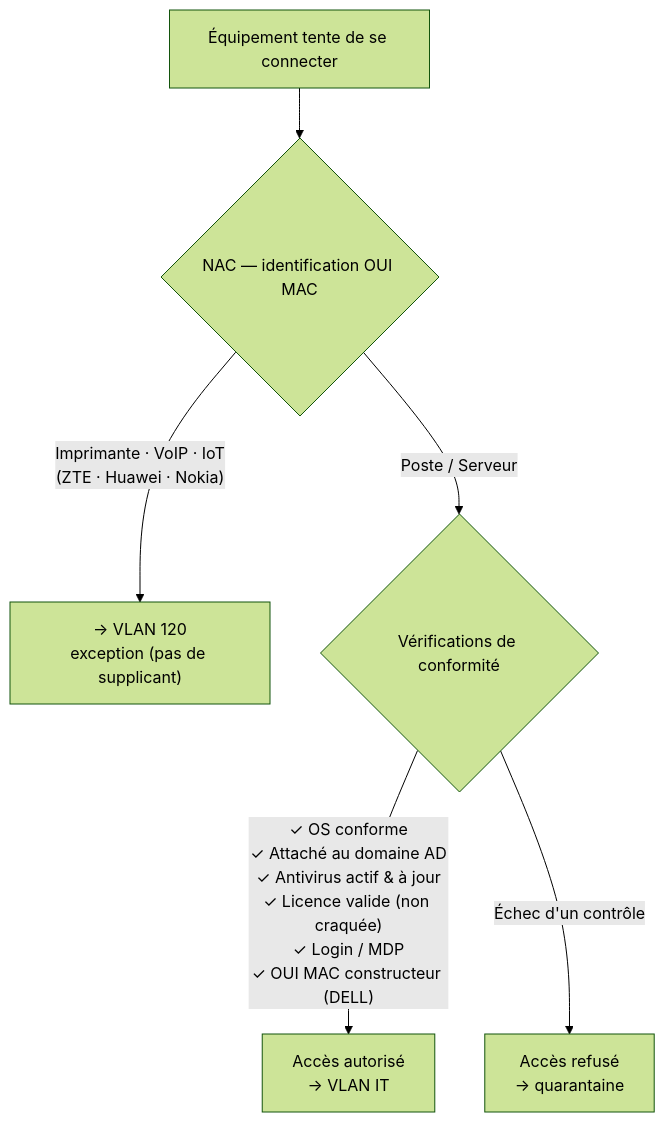
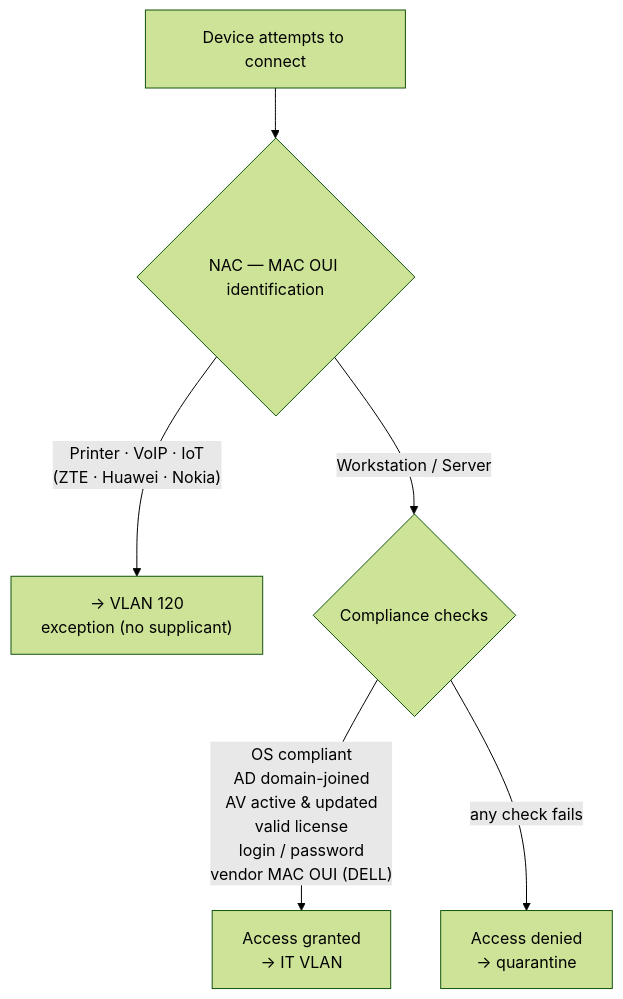
The third of 3 diagrams in README.md (douaekarachi-sys/secure-network-architecture), drawn with Mermaid (forest theme) before and after one commit. The commit also changed other lines of this file, not shown here.

````diff
--- a/README.md
+++ b/README.md
@@ -136,10 +129,10 @@
 ```mermaid
 flowchart TB
-    START["Équipement tente de se connecter"] --> NAC{"NAC — identification OUI MAC"}
+    START["Device attempts to connect"] --> NAC{"NAC — MAC OUI identification"}
 
-    NAC -->|"Imprimante · VoIP · IoT<br/>(ZTE · Huawei · Nokia)"| VLAN120["→ VLAN 120<br/>exception (pas de supplicant)"]
+    NAC -->|"Printer · VoIP · IoT<br/>(ZTE · Huawei · Nokia)"| VLAN120["→ VLAN 120<br/>exception (no supplicant)"]
 
-    NAC -->|"Poste / Serveur"| CHECK{"Vérifications de conformité"}
-    CHECK -->|"✓ OS conforme<br/>✓ Attaché au domaine AD<br/>✓ Antivirus actif & à jour<br/>✓ Licence valide (non craquée)<br/>✓ Login / MDP<br/>✓ OUI MAC constructeur (DELL)"| GRANT["Accès autorisé<br/>→ VLAN IT"]
-    CHECK -->|"Échec d'un contrôle"| DENY["Accès refusé<br/>→ quarantaine"]
+    NAC -->|"Workstation / Server"| CHECK{"Compliance checks"}
+    CHECK -->|"OS compliant<br/>AD domain-joined<br/>AV active & updated<br/>valid license<br/>login / password<br/>vendor MAC OUI (DELL)"| GRANT["Access granted<br/>→ IT VLAN"]
+    CHECK -->|"any check fails"| DENY["Access denied<br/>→ quarantine"]
 ```
````
